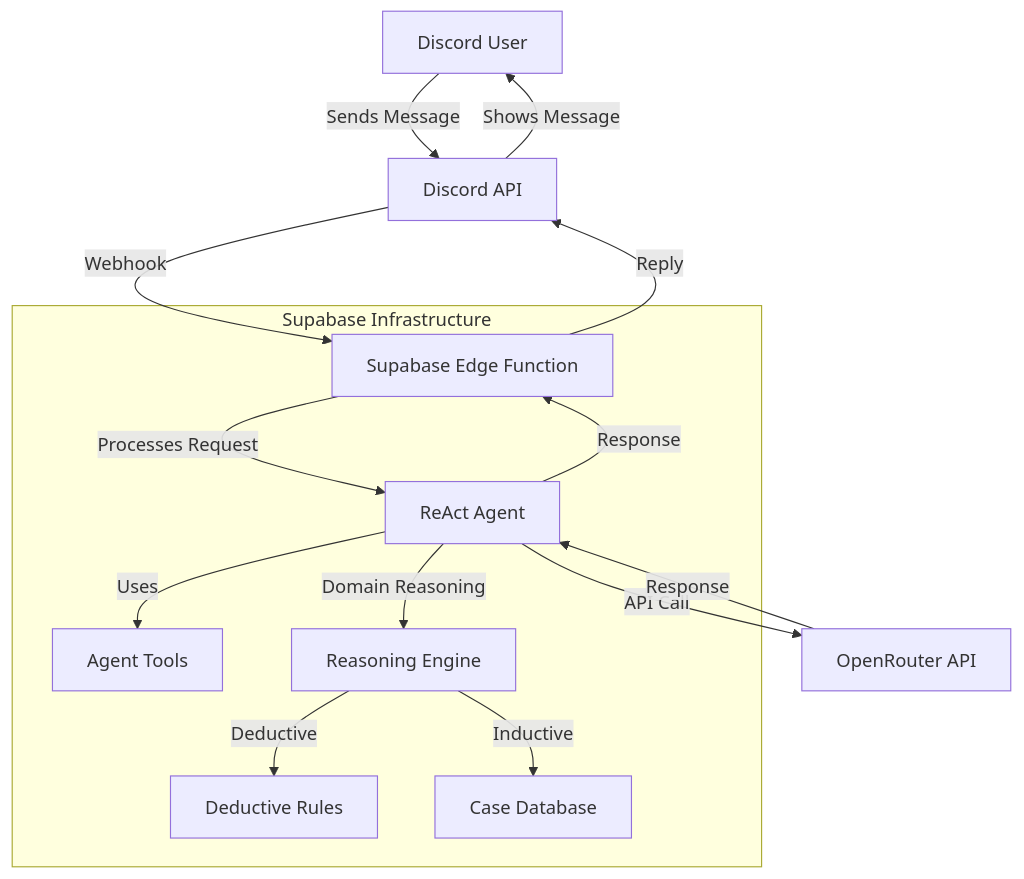
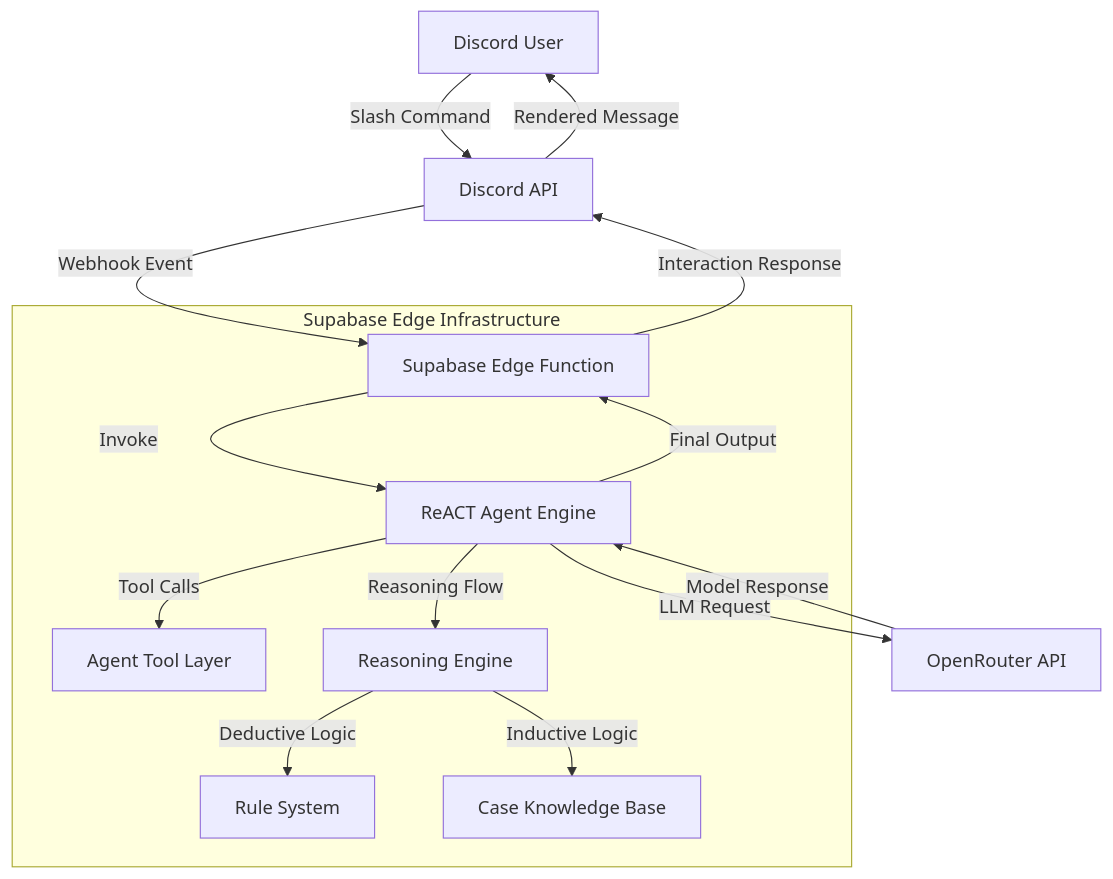
Before and after one commit to Parvezkhan0/LLM-Task-Orchestrator: the first of 2 diagrams in chat_integrations/plans/discord_bot_deployment_plan.md, drawn with Mermaid. The commit also changed other lines of this file, not shown here.

````diff
--- a/chat_integrations/plans/discord_bot_deployment_plan.md
+++ b/chat_integrations/plans/discord_bot_deployment_plan.md
@@ -9,24 +28,24 @@
 ```mermaid
 graph TD
-    User[Discord User] -->|Sends Message| DiscordAPI[Discord API]
-    DiscordAPI -->|Webhook| SupabaseEdge[Supabase Edge Function]
-    SupabaseEdge -->|Processes Request| Agent[ReAct Agent]
-    Agent -->|API Call| OpenRouter[OpenRouter API]
-    OpenRouter -->|Response| Agent
-    Agent -->|Uses| Tools[Agent Tools]
-    Agent -->|Domain Reasoning| Reasoning[Reasoning Engine]
-    Reasoning -->|Deductive| DeductiveRules[Deductive Rules]
-    Reasoning -->|Inductive| InductiveCases[Case Database]
-    Agent -->|Response| SupabaseEdge
-    SupabaseEdge -->|Reply| DiscordAPI
-    DiscordAPI -->|Shows Message| User
-    
-    subgraph "Supabase Infrastructure"
+    User[Discord User] -->|Slash Command| DiscordAPI[Discord API]
+    DiscordAPI -->|Webhook Event| SupabaseEdge[Supabase Edge Function]
+    SupabaseEdge -->|Invoke| Agent[ReACT Agent Engine]
+    Agent -->|LLM Request| OpenRouter[OpenRouter API]
+    OpenRouter -->|Model Response| Agent
+    Agent -->|Tool Calls| Tools[Agent Tool Layer]
+    Agent -->|Reasoning Flow| Reasoning[Reasoning Engine]
+    Reasoning -->|Deductive Logic| DeductiveRules[Rule System]
+    Reasoning -->|Inductive Logic| InductiveCases[Case Knowledge Base]
+    Agent -->|Final Output| SupabaseEdge
+    SupabaseEdge -->|Interaction Response| DiscordAPI
+    DiscordAPI -->|Rendered Message| User
+
+    subgraph "Supabase Edge Infrastructure"
         SupabaseEdge
         Agent
         Tools
         Reasoning
         DeductiveRules
         InductiveCases
     end
 ```
````
